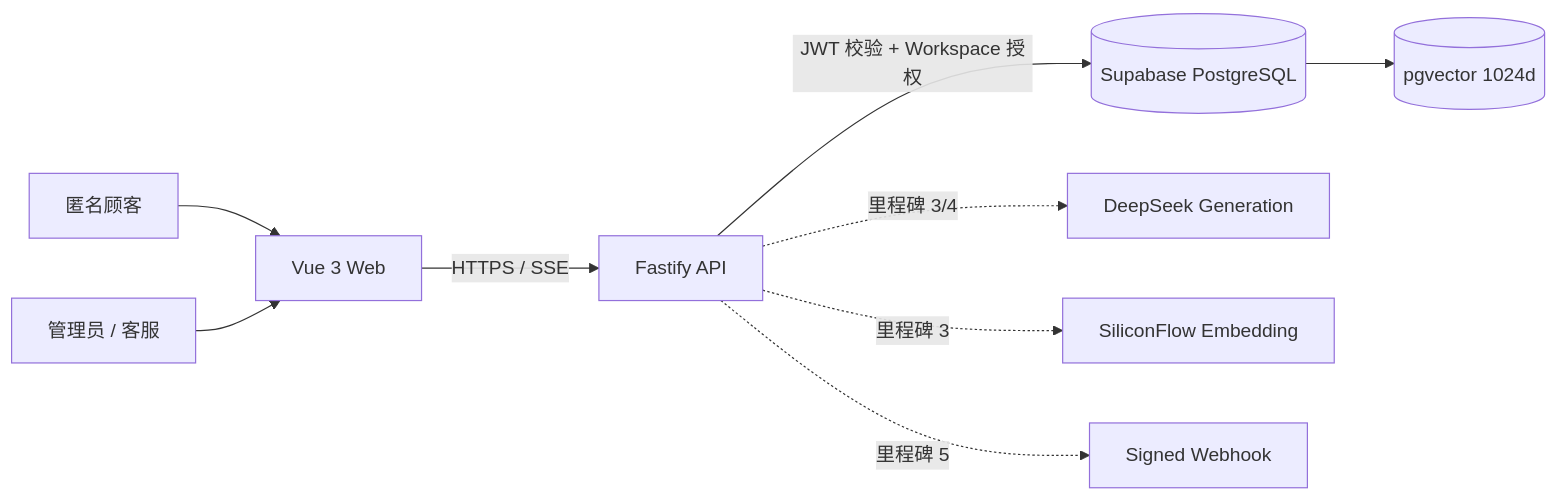
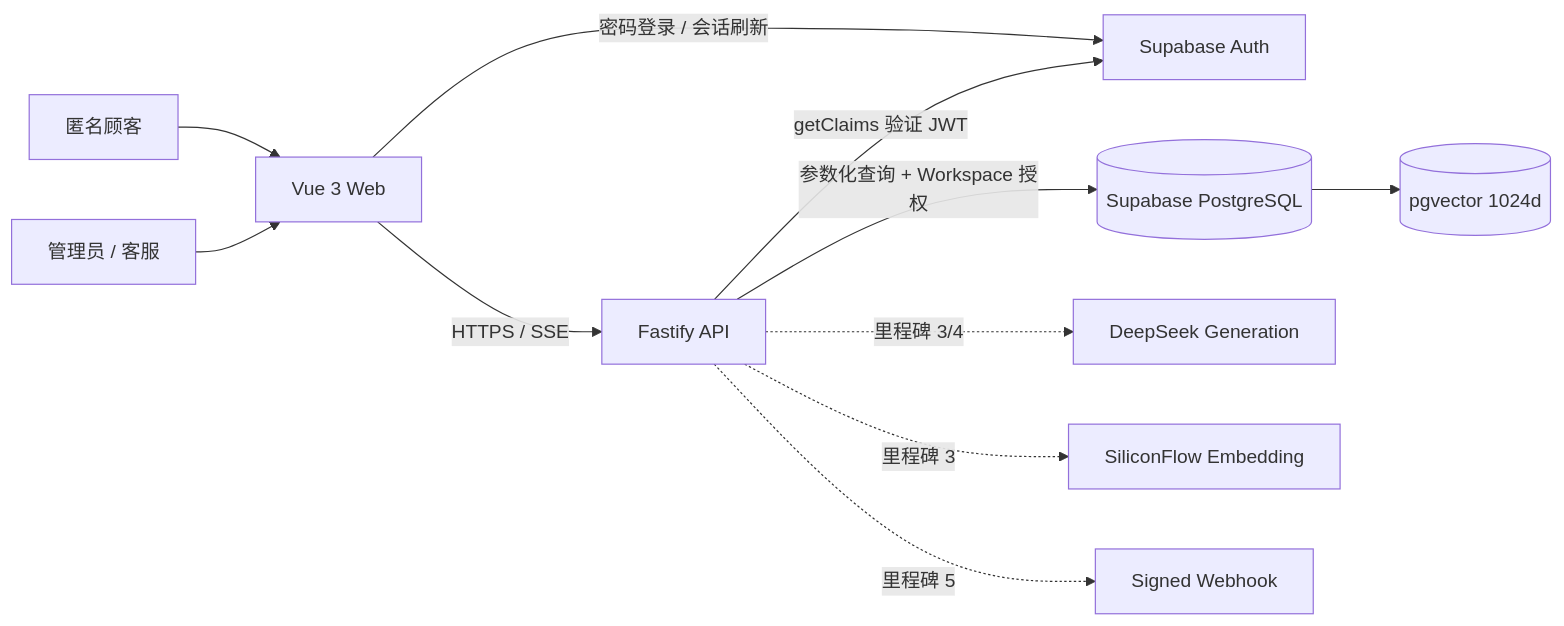
One commit to lsc-261013/grounddesk-ai changed the diagram in docs/architecture.md. Above: the diagram before and after it, drawn with Mermaid. The commit also changed other lines of this file and 37 other files, not shown here.

Commit message:
feat: add Supabase auth and workspace authorization

````diff
--- a/docs/architecture.md
+++ b/docs/architecture.md
@@ -7,11 +7,13 @@
 ```mermaid
 flowchart LR
   Visitor[匿名顾客] --> Web[Vue 3 Web]
   Staff[管理员 / 客服] --> Web
+  Web -->|密码登录 / 会话刷新| Auth[Supabase Auth]
   Web -->|HTTPS / SSE| API[Fastify API]
-  API -->|JWT 校验 + Workspace 授权| Supabase[(Supabase PostgreSQL)]
+  API -->|getClaims 验证 JWT| Auth
+  API -->|参数化查询 + Workspace 授权| Supabase[(Supabase PostgreSQL)]
   Supabase --> Vector[(pgvector 1024d)]
   API -. 里程碑 3/4 .-> DeepSeek[DeepSeek Generation]
   API -. 里程碑 3 .-> SiliconFlow[SiliconFlow Embedding]
   API -. 里程碑 5 .-> Webhook[Signed Webhook]
 ```
````
